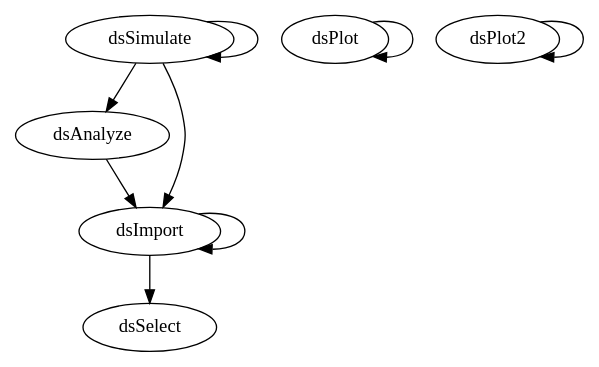
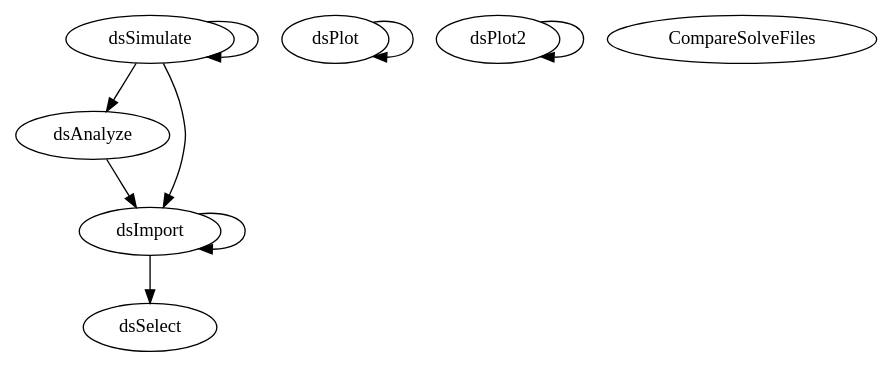
The diagram in functions/graph.dot (DynaSim/docs), drawn with Graphviz before and after one commit. The commit also changed 137 other files, not shown here.

```diff
--- a/functions/graph.dot
+++ b/functions/graph.dot
@@ -1,18 +1,19 @@
 /* Created by mdot for Matlab */
 digraph m2html {
   dsAnalyze -> dsImport;
   dsImport -> dsImport;
   dsImport -> dsSelect;
   dsPlot -> dsPlot;
   dsPlot2 -> dsPlot2;
   dsSimulate -> dsAnalyze;
   dsSimulate -> dsImport;
   dsSimulate -> dsSimulate;
 
+  CompareSolveFiles [URL="CompareSolveFiles.html"];
   dsAnalyze [URL="dsAnalyze.html"];
   dsImport [URL="dsImport.html"];
   dsPlot [URL="dsPlot.html"];
   dsPlot2 [URL="dsPlot2.html"];
   dsSelect [URL="dsSelect.html"];
   dsSimulate [URL="dsSimulate.html"];
 }
```
